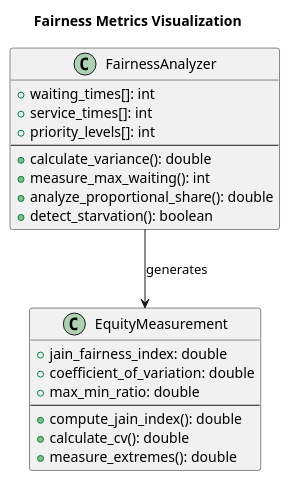
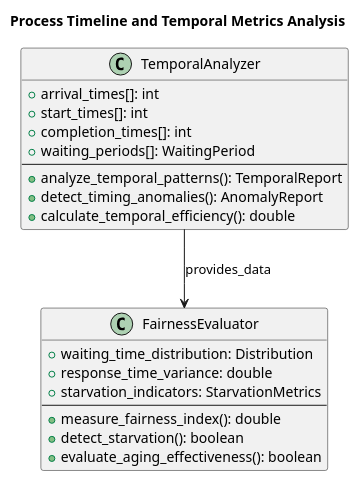
One commit to mohitmishra786/myJourneyOfBuildingOS changed the second of 2 diagrams in Part-2/Ch-6-CPU-Scheduling/Scheduling-Criteria-and-Metrics.md. Above: the diagram before and after it, drawn with PlantUML. The commit also changed other lines of this file and 5 other files, not shown here.

````diff
--- a/Part-2/Ch-6-CPU-Scheduling/Scheduling-Criteria-and-Metrics.md
+++ b/Part-2/Ch-6-CPU-Scheduling/Scheduling-Criteria-and-Metrics.md
@@ -200,28 +330,28 @@
 ```plantuml
 @startuml
-title "Fairness Metrics Visualization"
+title "Process Timeline and Temporal Metrics Analysis"
 
-class FairnessAnalyzer {
-    +waiting_times[]: int
-    +service_times[]: int
-    +priority_levels[]: int
+class TemporalAnalyzer {
+    +arrival_times[]: int
+    +start_times[]: int
+    +completion_times[]: int
+    +waiting_periods[]: WaitingPeriod
     --
-    +calculate_variance(): double
-    +measure_max_waiting(): int
-    +analyze_proportional_share(): double
-    +detect_starvation(): boolean
+    +analyze_temporal_patterns(): TemporalReport
+    +detect_timing_anomalies(): AnomalyReport
+    +calculate_temporal_efficiency(): double
 }
 
-class EquityMeasurement {
-    +jain_fairness_index: double
-    +coefficient_of_variation: double
-    +max_min_ratio: double
+class FairnessEvaluator {
+    +waiting_time_distribution: Distribution
+    +response_time_variance: double
+    +starvation_indicators: StarvationMetrics
     --
-    +compute_jain_index(): double
-    +calculate_cv(): double
-    +measure_extremes(): double
+    +measure_fairness_index(): double
+    +detect_starvation(): boolean
+    +evaluate_aging_effectiveness(): boolean
 }
 
-FairnessAnalyzer --> EquityMeasurement : generates
+TemporalAnalyzer --> FairnessEvaluator : provides_data
 @enduml
 ```
````
